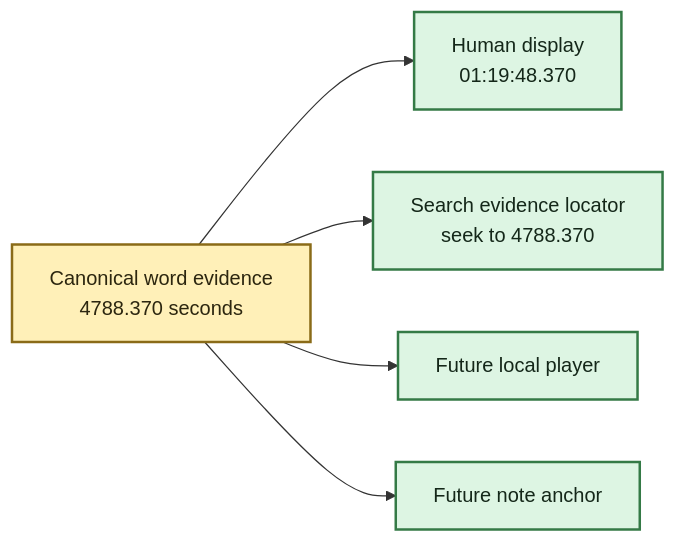
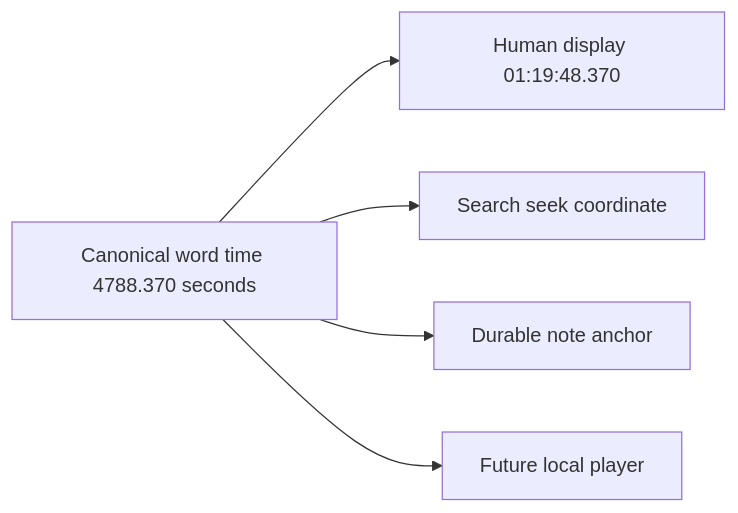
Before and after one commit to SSD1805/EchoFlow: the first of 2 diagrams in docs/time-navigation.md, drawn with Mermaid. The commit also changed other lines of this file, not shown here.

Commit message:
docs: update time navigation for durable anchors

````diff
--- a/docs/time-navigation.md
+++ b/docs/time-navigation.md
@@ -51,12 +45,7 @@
 ```mermaid
 flowchart LR
-    W[Canonical word evidence\n4788.370 seconds] --> H[Human display\n01:19:48.370]
-    W --> S[Search evidence locator\nseek to 4788.370]
-    W --> P[Future local player]
-    W --> N[Future note anchor]
-
-    classDef truth fill:#FFF0B8,stroke:#8A6B18,stroke-width:2px,color:#2C260F
-    classDef view fill:#DDF5E3,stroke:#347A46,stroke-width:2px,color:#142719
-    class W truth
-    class H,S,P,N view
+    A[Canonical word time 4788.370 seconds] --> B[Human display 01:19:48.370]
+    A --> C[Search seek coordinate]
+    A --> D[Durable note anchor]
+    A --> E[Future local player]
 ```
````
